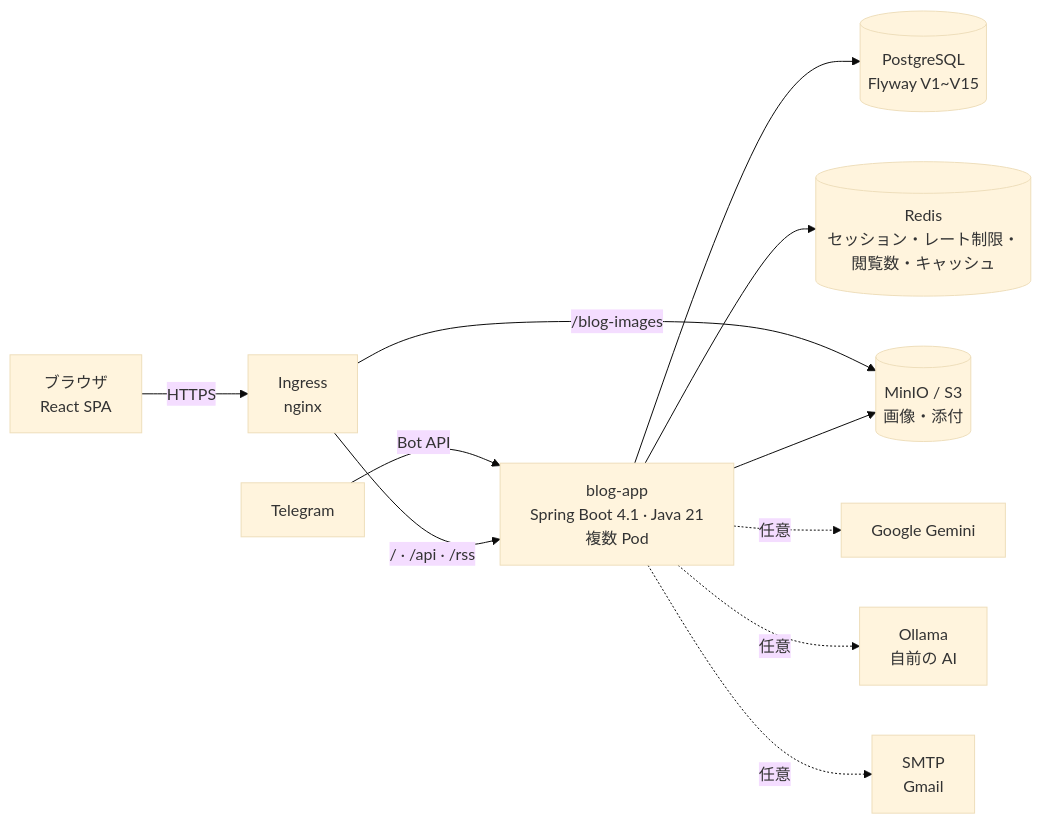
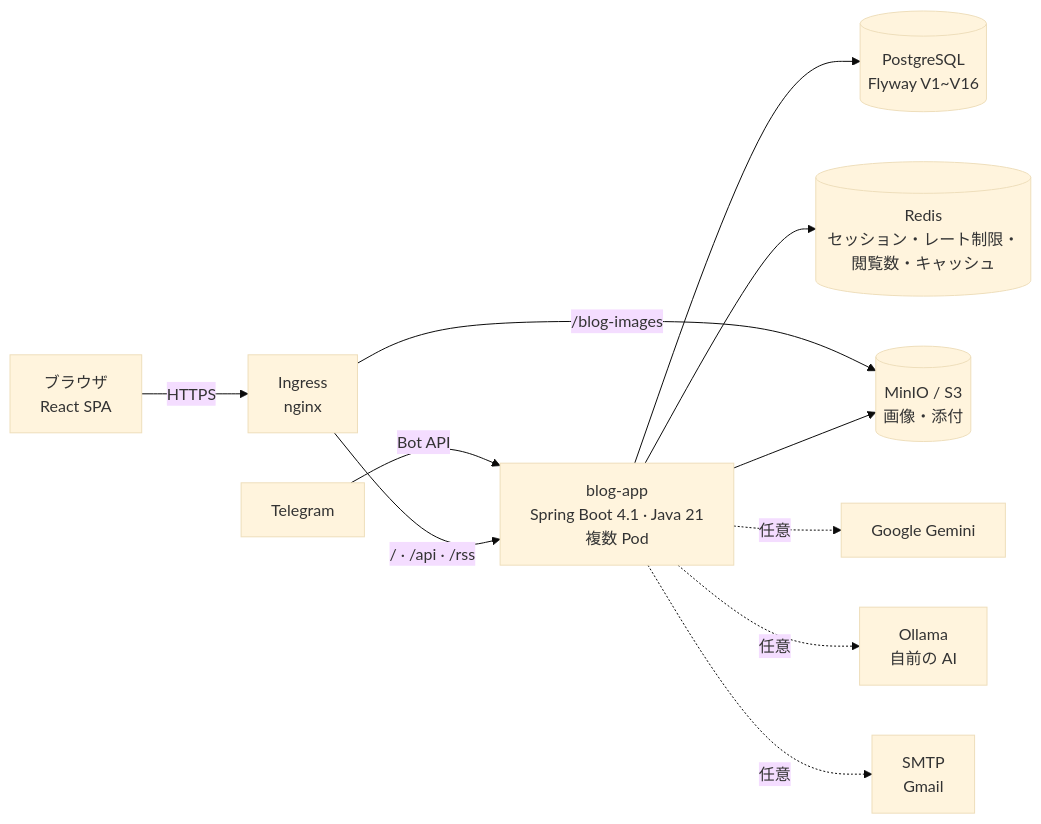
The first of 3 diagrams in README.ja.md (AIGJ-01-002-blog/Devlog), drawn with Mermaid (base theme) before and after one commit. The commit also changed other lines of this file and 31 other files, not shown here.

````diff
--- a/README.ja.md
+++ b/README.ja.md
@@ -147,13 +147,13 @@
 ```mermaid
 flowchart LR
     B[ブラウザ<br/>React SPA] -->|HTTPS| I[Ingress<br/>nginx]
     T[Telegram] -->|Bot API| A
     I -->|/ · /api · /rss| A[blog-app<br/>Spring Boot 4.1 · Java 21<br/>複数 Pod]
     I -->|/blog-images| M[(MinIO / S3<br/>画像・添付)]
-    A --> P[(PostgreSQL<br/>Flyway V1~V15)]
+    A --> P[(PostgreSQL<br/>Flyway V1~V16)]
     A --> R[(Redis<br/>セッション・レート制限・閲覧数・キャッシュ)]
     A --> M
     A -.任意.-> G[Google Gemini]
     A -.任意.-> O[Ollama<br/>自前の AI]
     A -.任意.-> S[SMTP<br/>Gmail]
 ```
````
